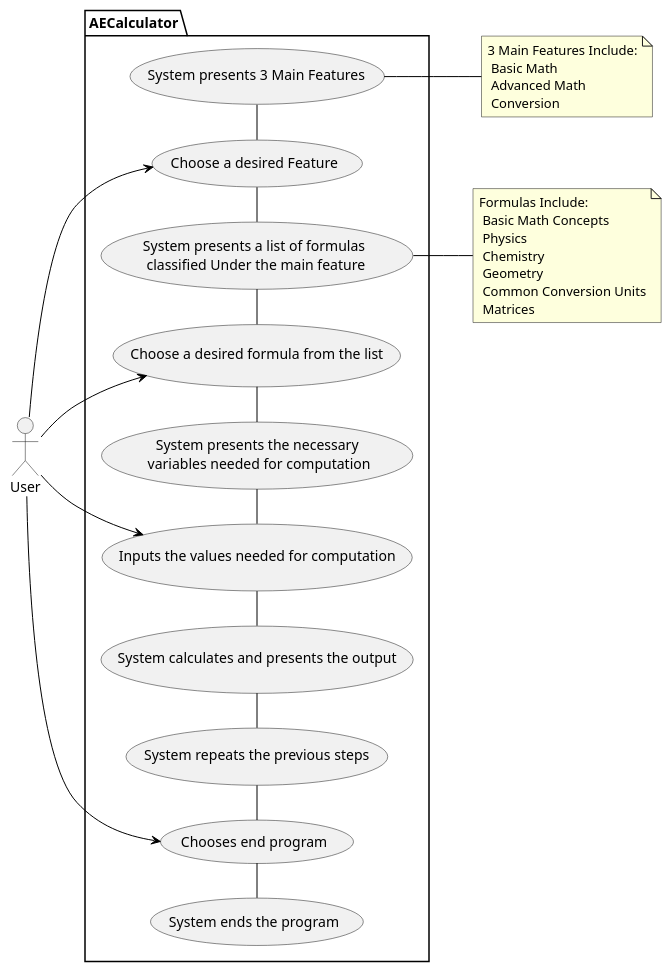
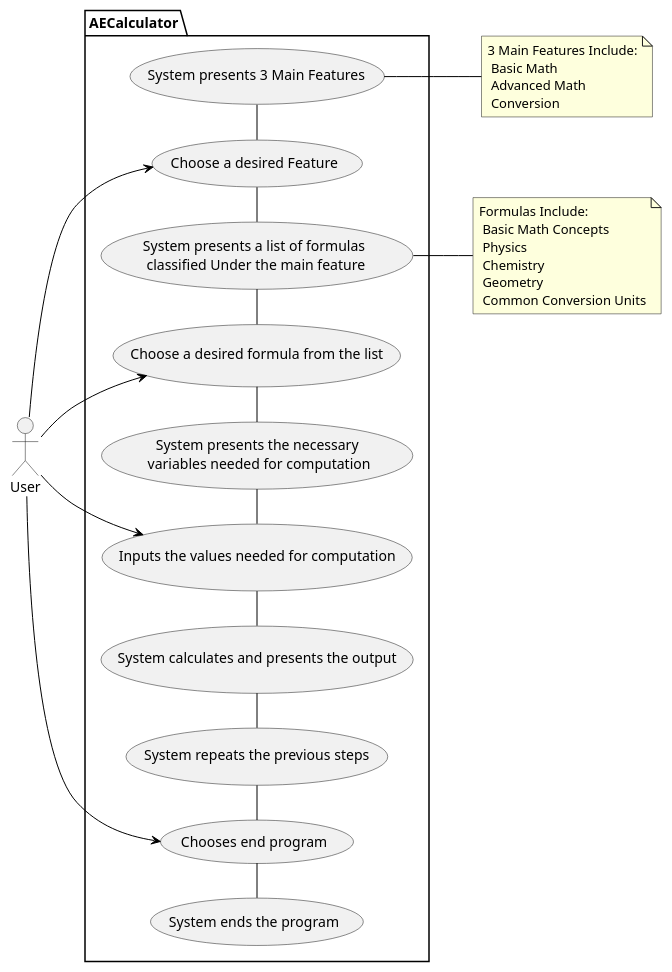
One commit to Jeydii07/OOGreenProject changed the diagram in LXRequirementAECalculator.puml. Above: the diagram before and after it, drawn with PlantUML.

```diff
--- a/LXRequirementAECalculator.puml
+++ b/LXRequirementAECalculator.puml
@@ -1,50 +1,50 @@
 @startuml
 left to right direction
 skinparam style strictuml
 skinparam classAttributeIconSize 0
 skinparam classFontColor black
 skinparam classFontStyle bold
 hide empty members
 
 skinparam class {
 
 BackgroundColor White
 BorderColor black
 ArrowColor black
 }
 
 package AECalculator {
     usecase "System presents 3 Main Features" as I1
     usecase "Choose a desired Feature" as I2
     usecase "System presents a list of formulas\n classified Under the main feature" as I3
     usecase "Choose a desired formula from the list" as I4
     usecase "System presents the necessary\n variables needed for computation" as I5
     usecase "Inputs the values needed for computation" as I6
     usecase "System calculates and presents the output" as I7
     usecase "System repeats the previous steps" as I8
     usecase "Chooses end program" as I9
     usecase "System ends the program" as I10
 
 }
 note "3 Main Features Include:\n Basic Math\n Advanced Math\n Conversion" as N1
-note "Formulas Include:\n Basic Math Concepts\n Physics\n Chemistry\n Geometry\n Common Conversion Units\n Matrices" as N2
+note "Formulas Include:\n Basic Math Concepts\n Physics\n Chemistry\n Geometry\n Common Conversion Units" as N2
 
 I1 -left- I2
 I2 -left- I3
 I3 -left- I4
 I4 -left- I5
 I5 -left- I6
 I6 -left- I7
 I7 -left- I8
 I8 -left- I9
 I9 -left- I10
 
 :User: --> I2
 :User: --> I4
 :User: --> I6
 :User: --> I9
 
 I1 -- N1
 I3 -- N2
 
 @enduml
```
